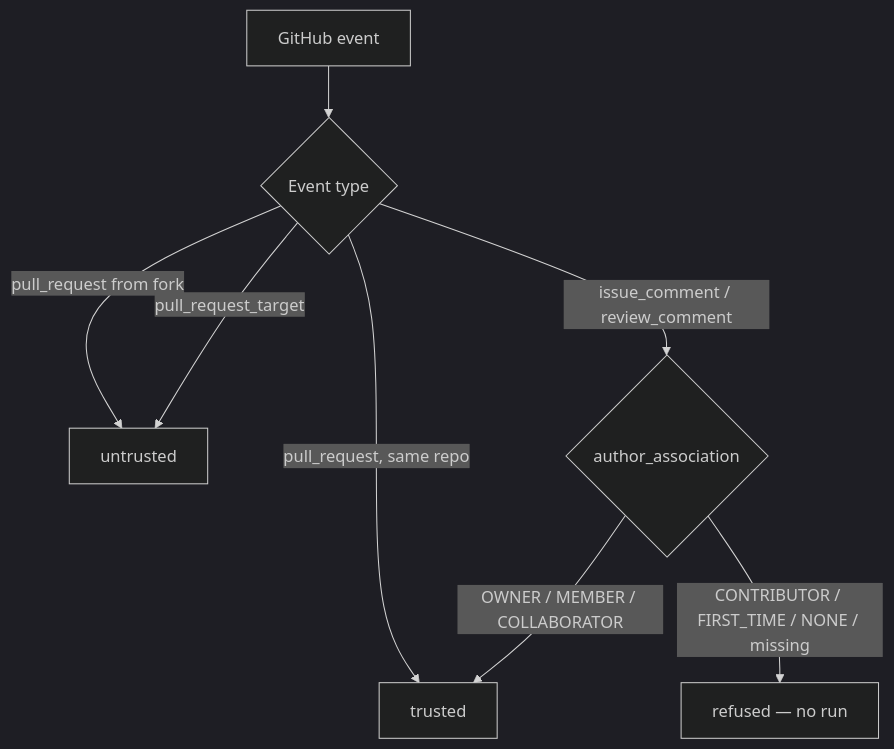
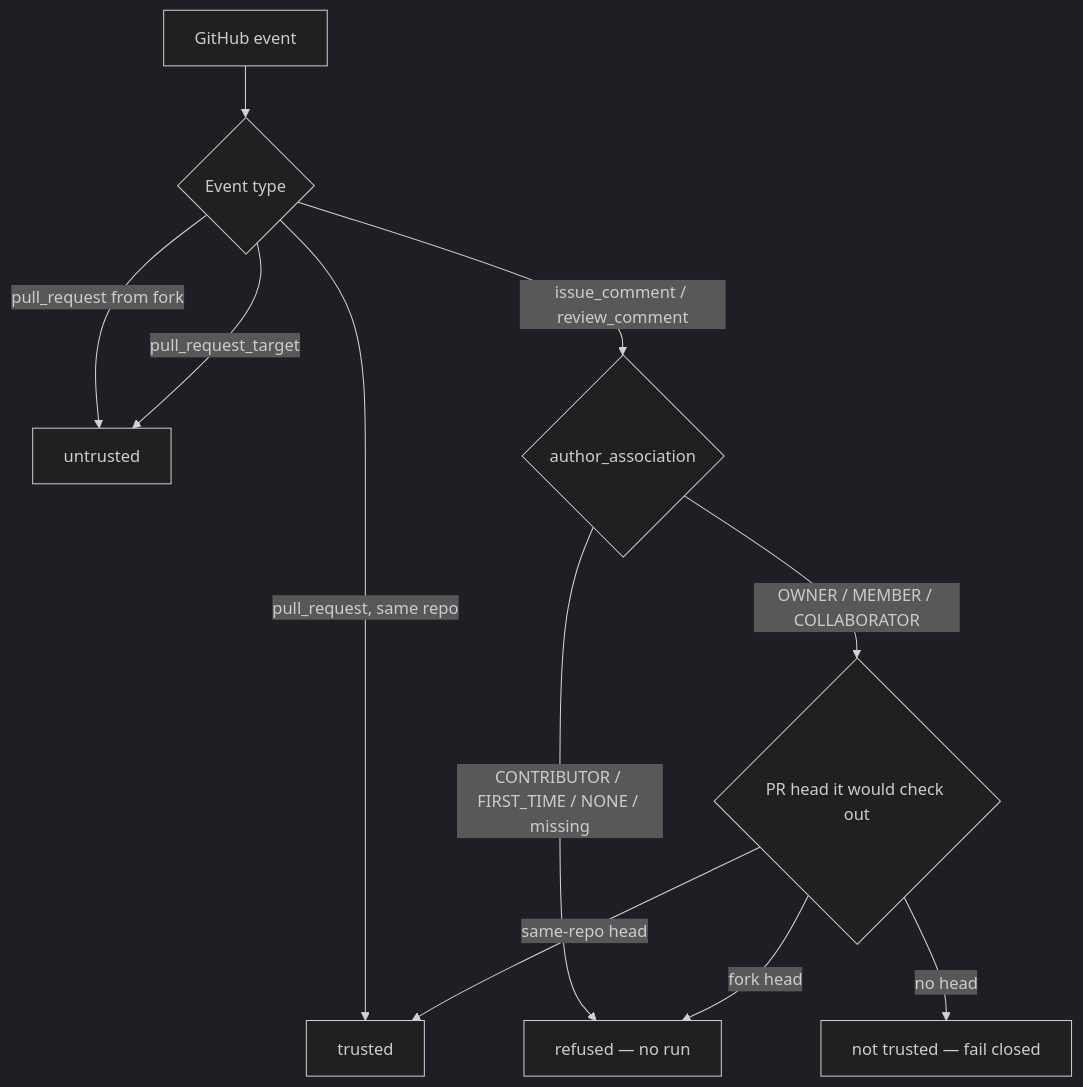
One commit to alexhawat/mergeCraft changed the diagram in docs/workflows.md. Above: the diagram before and after it, drawn with Mermaid (dark theme). The commit also changed other lines of this file and 12 other files, not shown here.

````diff
--- a/docs/workflows.md
+++ b/docs/workflows.md
@@ -8,10 +8,13 @@
 ```mermaid
 flowchart TD
     E[GitHub event] --> Q{Event type}
     Q -->|pull_request, same repo| T1[trusted]
     Q -->|pull_request from fork| T3[untrusted]
     Q -->|pull_request_target| T3
     Q -->|issue_comment / review_comment| Q2{author_association}
-    Q2 -->|OWNER / MEMBER / COLLABORATOR| T1
     Q2 -->|CONTRIBUTOR / FIRST_TIME / NONE / missing| X[refused — no run]
+    Q2 -->|OWNER / MEMBER / COLLABORATOR| Q3{PR head it would check out}
+    Q3 -->|same-repo head| T1
+    Q3 -->|fork head| X
+    Q3 -->|no head| NT[not trusted — fail closed]
 ```
````
